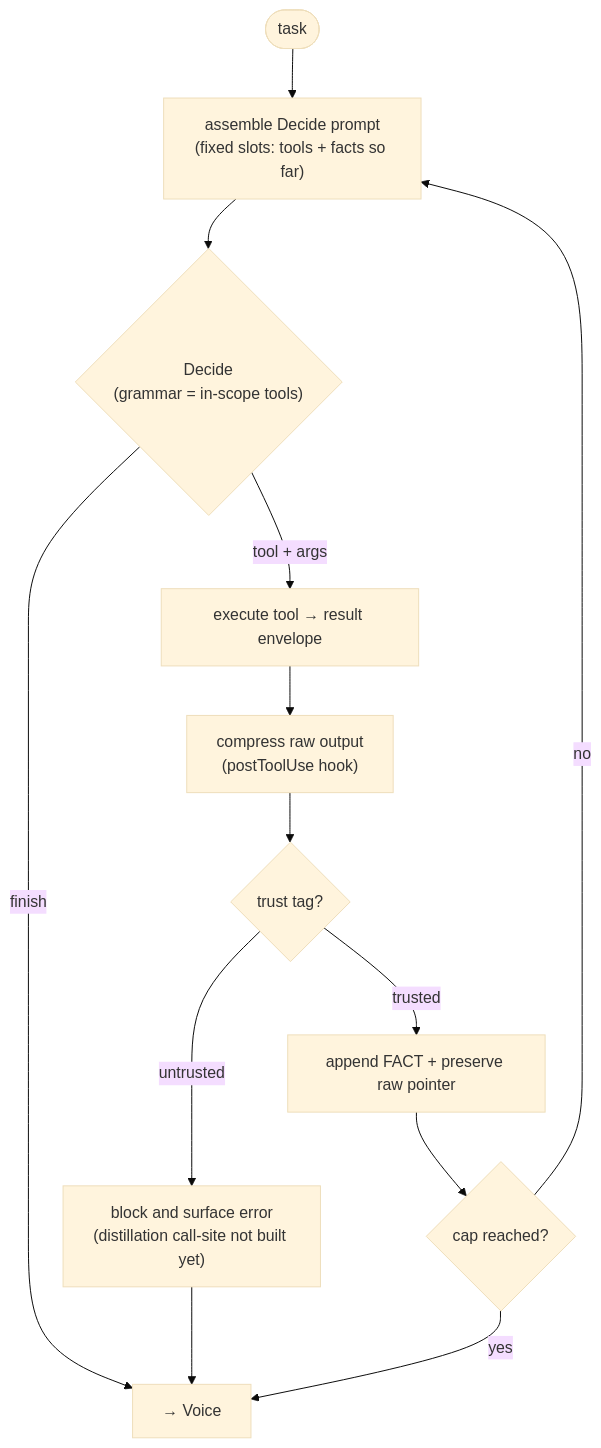
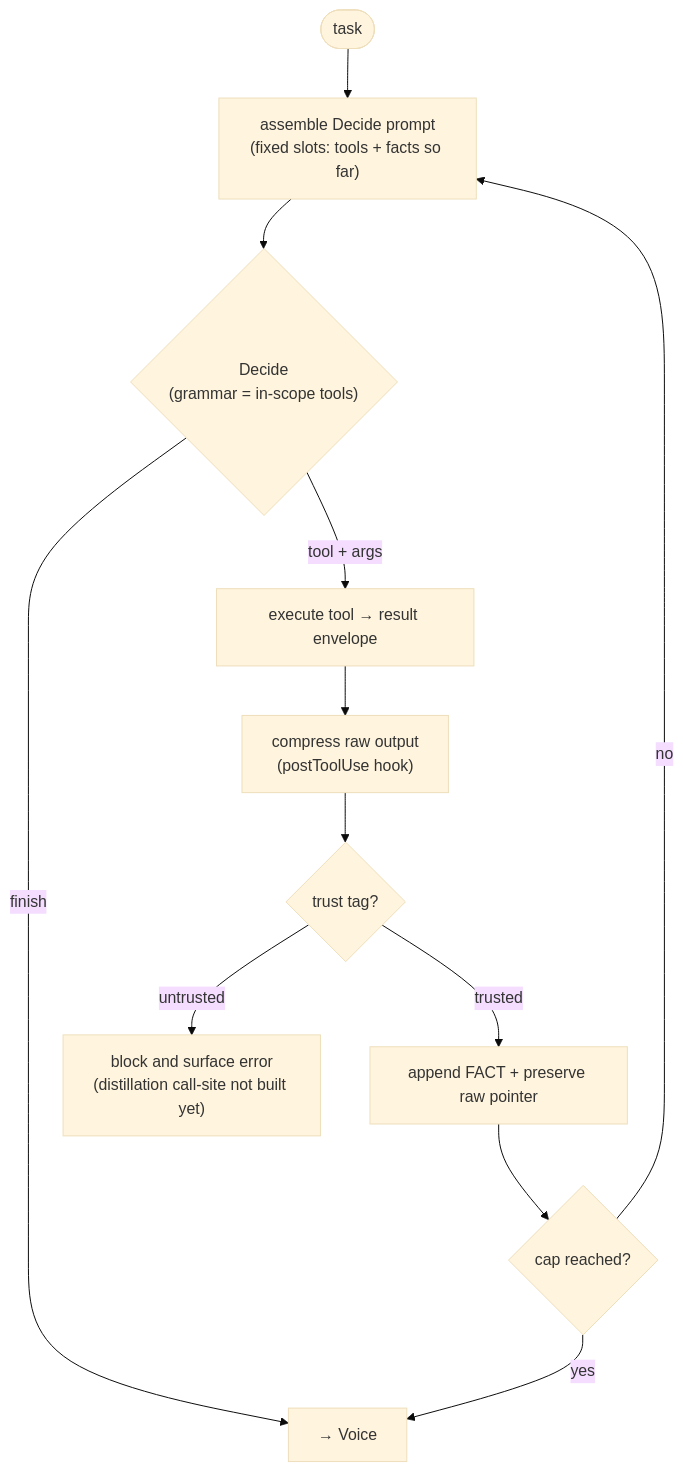
Before and after one commit to macro88/grugling: the fifth of 6 diagrams in docs/design/code-design.md, drawn with Mermaid (base theme).

Commit message:
docs: fix trust-boundary loop diagram

````diff
--- a/docs/design/code-design.md
+++ b/docs/design/code-design.md
@@ -449,15 +449,14 @@
 ```mermaid
 flowchart TD
   start([task]) --> assemble["assemble Decide prompt<br/>(fixed slots: tools + facts so far)"]
   assemble --> decide{"Decide<br/>(grammar = in-scope tools)"}
   decide -->|finish| voice["→ Voice"]
   decide -->|tool + args| exec["execute tool → result envelope"]
   exec --> compress["compress raw output<br/>(postToolUse hook)"]
   compress --> gate{trust tag?}
   gate -->|untrusted| block["block and surface error<br/>(distillation call-site not built yet)"]
   gate -->|trusted| fact["append FACT + preserve raw pointer"]
-  block --> voice
   fact --> cap{cap reached?}
   cap -->|no| assemble
   cap -->|yes| voice
 ```
````
